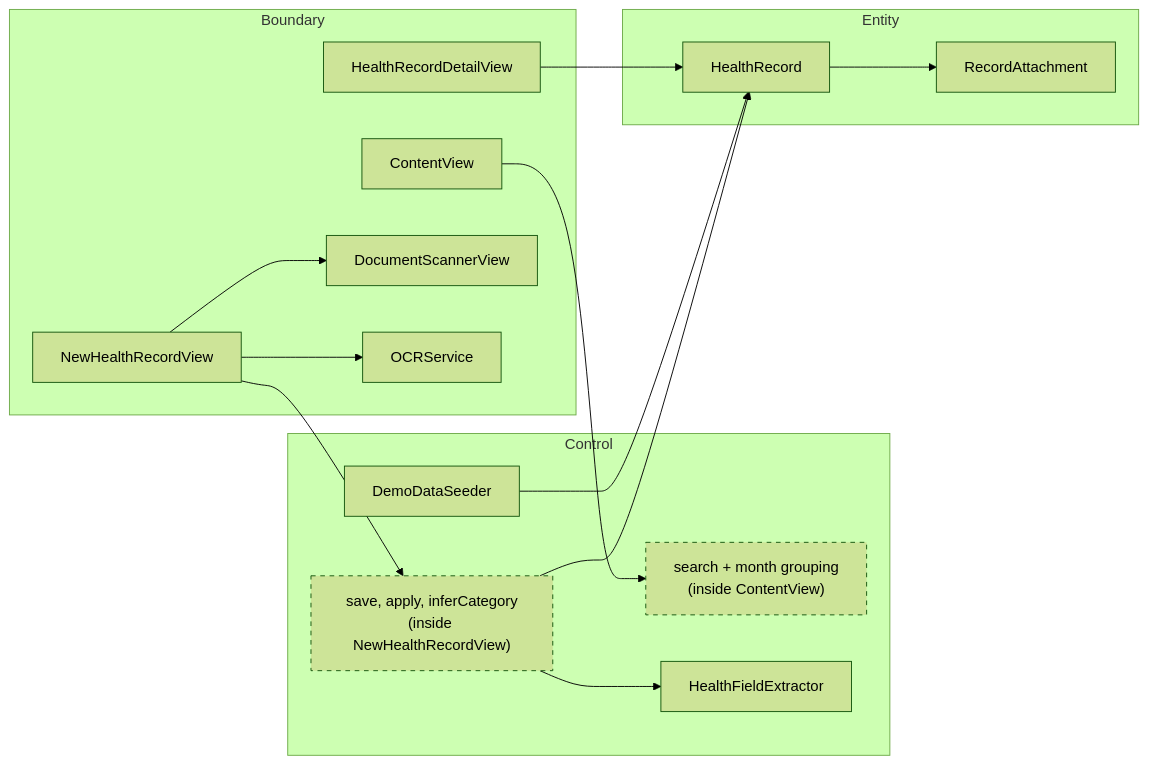
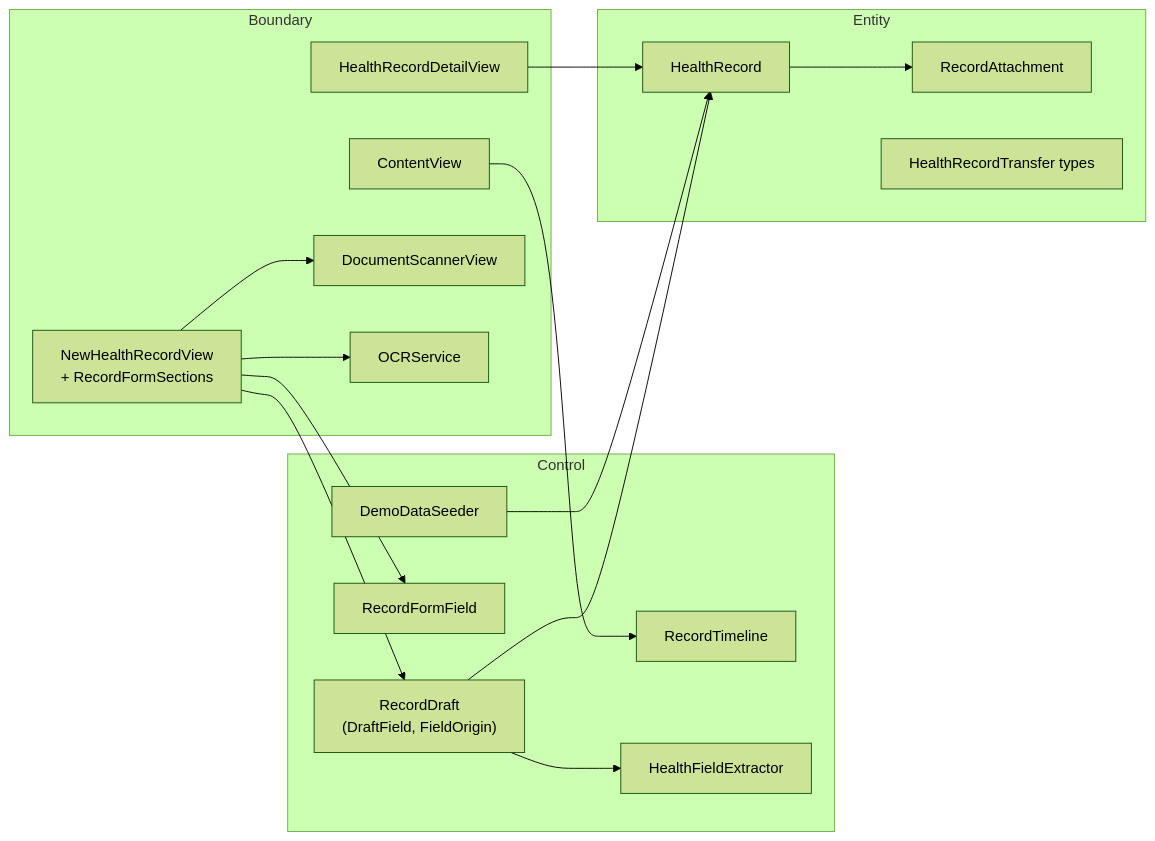
The first of 4 diagrams in docs/ARCHITECTURE.md (m4schen/Genki), drawn with Mermaid (forest theme) before and after one commit. The commit also changed other lines of this file and 6 other files, not shown here.

````diff
--- a/docs/ARCHITECTURE.md
+++ b/docs/ARCHITECTURE.md
@@ -13,31 +13,32 @@
 ```mermaid
 flowchart LR
   subgraph Boundary
     CV[ContentView]
-    NV[NewHealthRecordView]
+    NV["NewHealthRecordView<br/>+ RecordFormSections"]
     DV[HealthRecordDetailView]
     SV[DocumentScannerView]
     OS[OCRService]
   end
   subgraph Control
-    SG["search + month grouping<br/>(inside ContentView)"]
-    SA["save, apply, inferCategory<br/>(inside NewHealthRecordView)"]
+    TL[RecordTimeline]
+    RD["RecordDraft<br/>(DraftField, FieldOrigin)"]
     FX[HealthFieldExtractor]
+    FF[RecordFormField]
     DS[DemoDataSeeder]
   end
   subgraph Entity
     HR[HealthRecord]
     RA[RecordAttachment]
+    TR[HealthRecordTransfer types]
   end
-  CV --> SG
+  CV --> TL
   NV --> SV
   NV --> OS
-  NV --> SA
-  SA --> FX
-  SA --> HR
+  NV --> RD
+  NV --> FF
+  RD --> FX
+  RD --> HR
   DS --> HR
   DV --> HR
   HR --> RA
-  classDef trapped stroke-dasharray: 5 5
-  class SG,SA trapped
 ```
````
